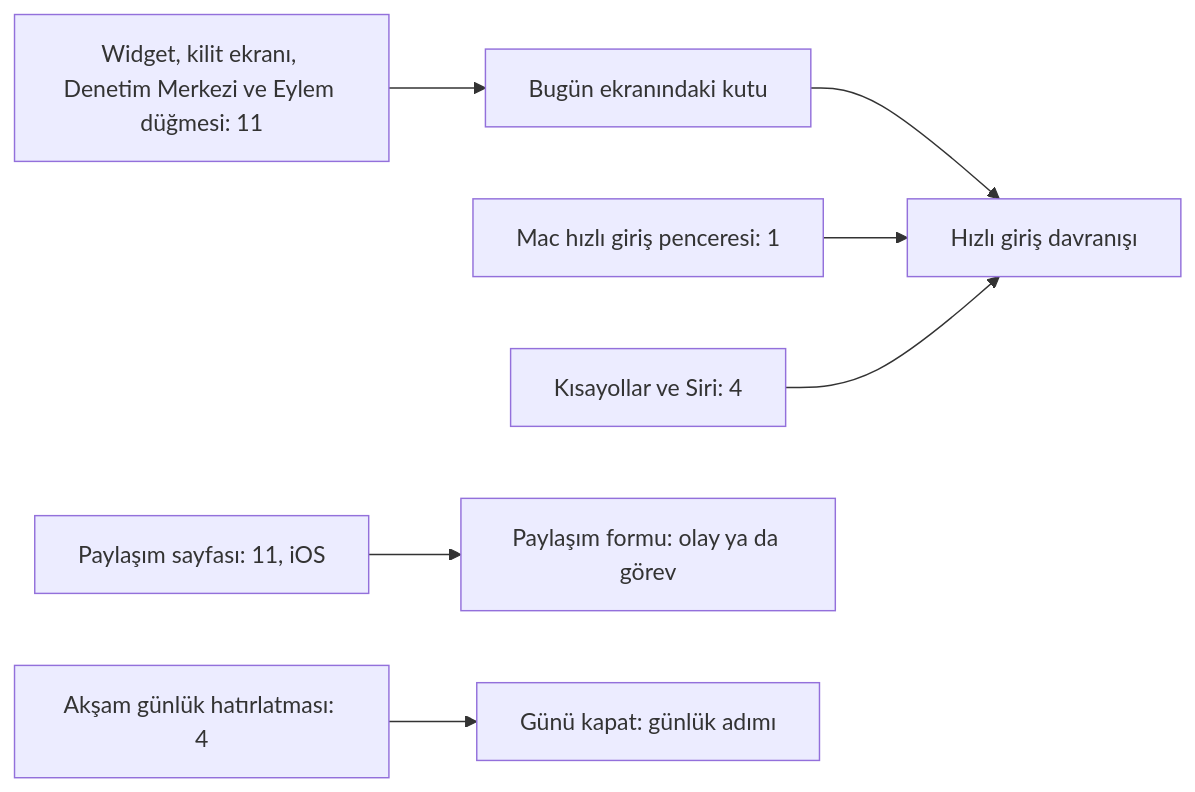
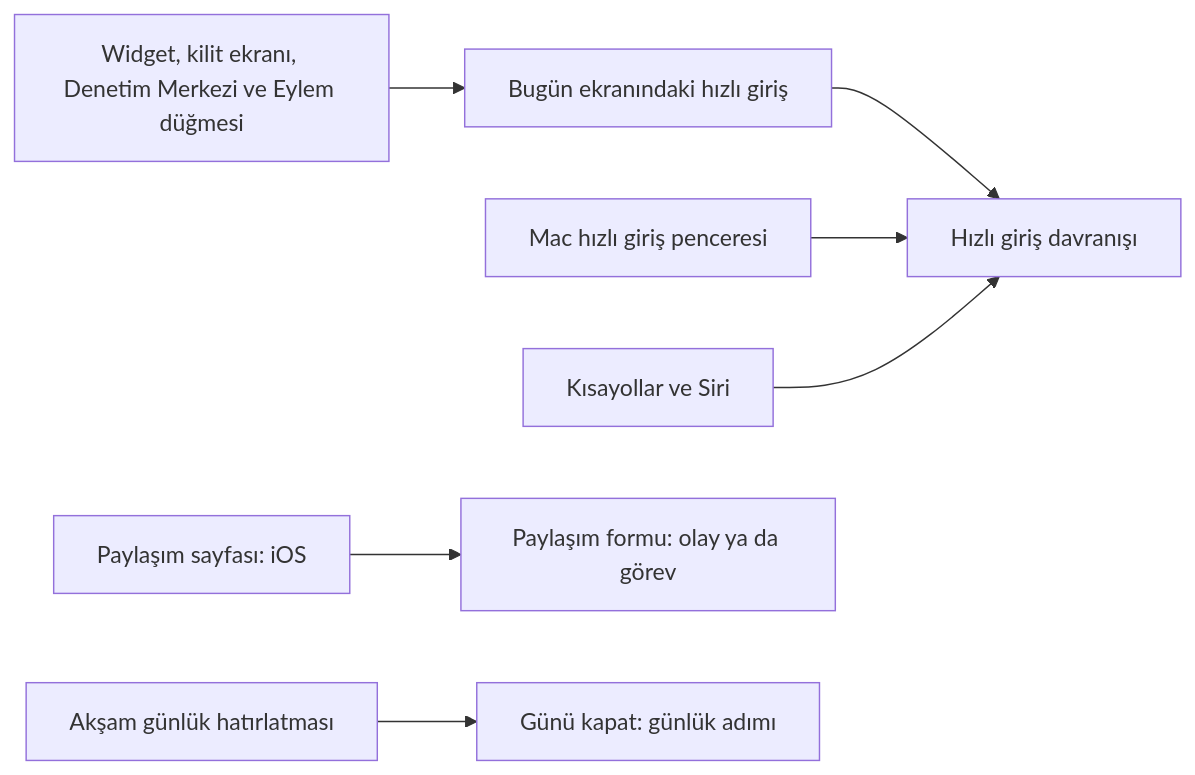
Diagram 16 of 19 in docs/screens.md (dogancanyildiz/kenet), drawn with Mermaid before and after one commit. The commit also changed other lines of this file and 5 other files, not shown here.

````diff
--- a/docs/screens.md
+++ b/docs/screens.md
@@ -1474,9 +1474,9 @@
 ```mermaid
 flowchart LR
-    Kutu[Bugün ekranındaki kutu] --> HG[Hızlı giriş davranışı]
-    Widget[Widget, kilit ekranı, Denetim Merkezi ve Eylem düğmesi: 11] --> Kutu
-    MacPencere[Mac hızlı giriş penceresi: 1] --> HG
-    Siri[Kısayollar ve Siri: 4] --> HG
-    Paylasim[Paylaşım sayfası: 11, iOS] --> Form[Paylaşım formu: olay ya da görev]
-    Bildirim[Akşam günlük hatırlatması: 4] --> GunuKapat[Günü kapat: günlük adımı]
+    Kutu[Bugün ekranındaki hızlı giriş] --> HG[Hızlı giriş davranışı]
+    Widget[Widget, kilit ekranı, Denetim Merkezi ve Eylem düğmesi] --> Kutu
+    MacPencere[Mac hızlı giriş penceresi] --> HG
+    Siri[Kısayollar ve Siri] --> HG
+    Paylasim[Paylaşım sayfası: iOS] --> Form[Paylaşım formu: olay ya da görev]
+    Bildirim[Akşam günlük hatırlatması] --> GunuKapat[Günü kapat: günlük adımı]
 ```
````
